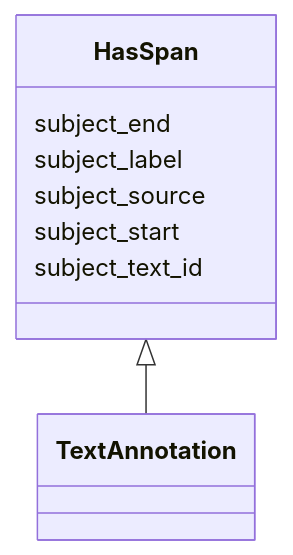
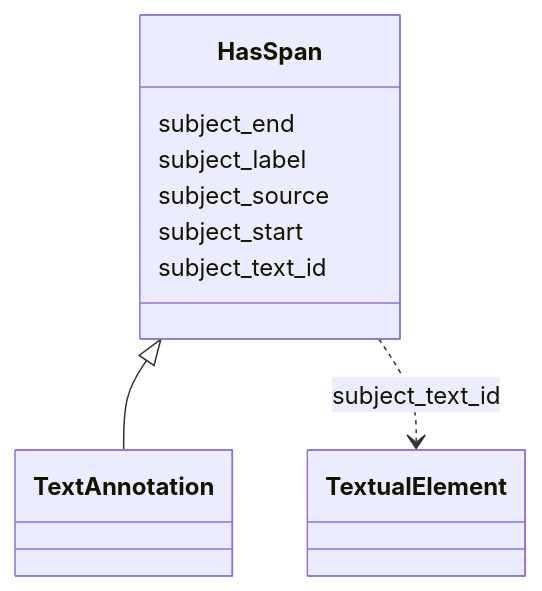
The diagram in text-annotator/HasSpan.md (INCATools/ontology-access-kit), drawn with Mermaid before and after one commit. The commit also changed other lines of this file and 1783 other files, not shown here.

````diff
--- a/text-annotator/HasSpan.md
+++ b/text-annotator/HasSpan.md
@@ -9,12 +9,19 @@
 ```{mermaid}
  classDiagram
     class HasSpan
       HasSpan <|-- TextAnnotation
       
       HasSpan : subject_end
+        
       HasSpan : subject_label
+        
       HasSpan : subject_source
+        
       HasSpan : subject_start
+        
       HasSpan : subject_text_id
+        
+          HasSpan ..> TextualElement : subject_text_id
+        
       
 ```
````
